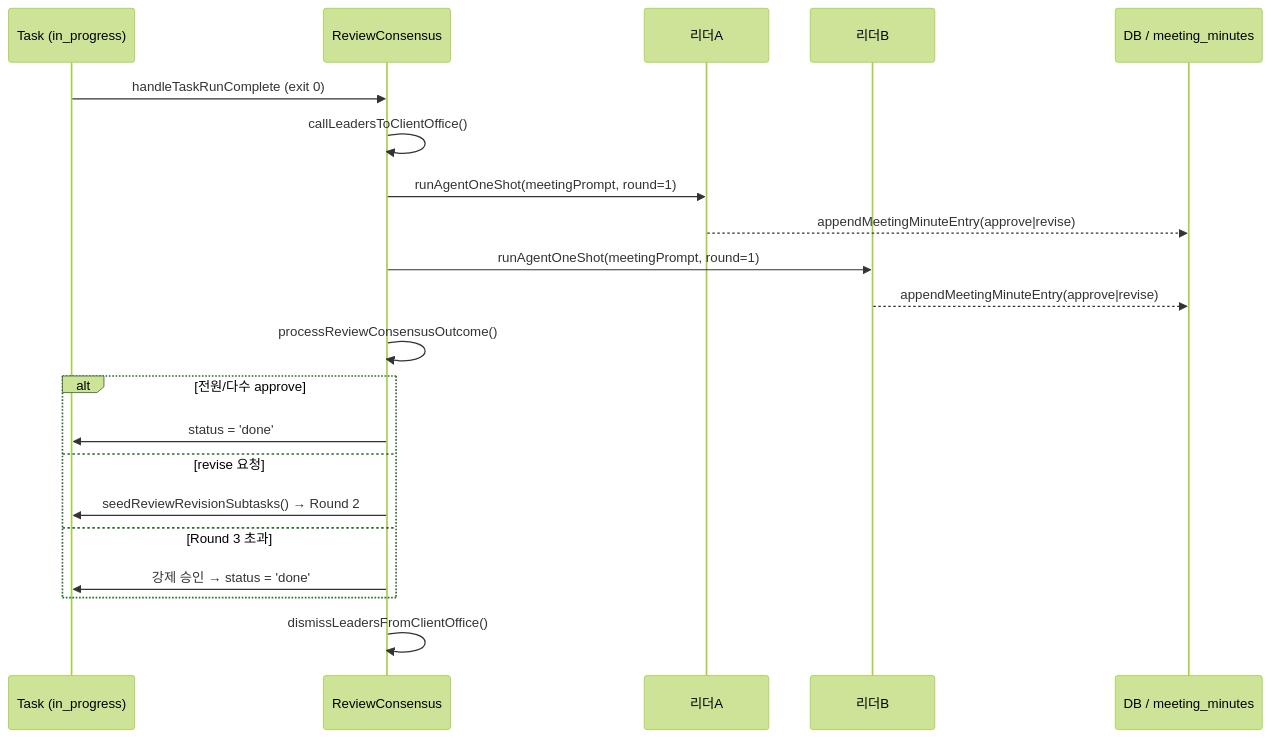
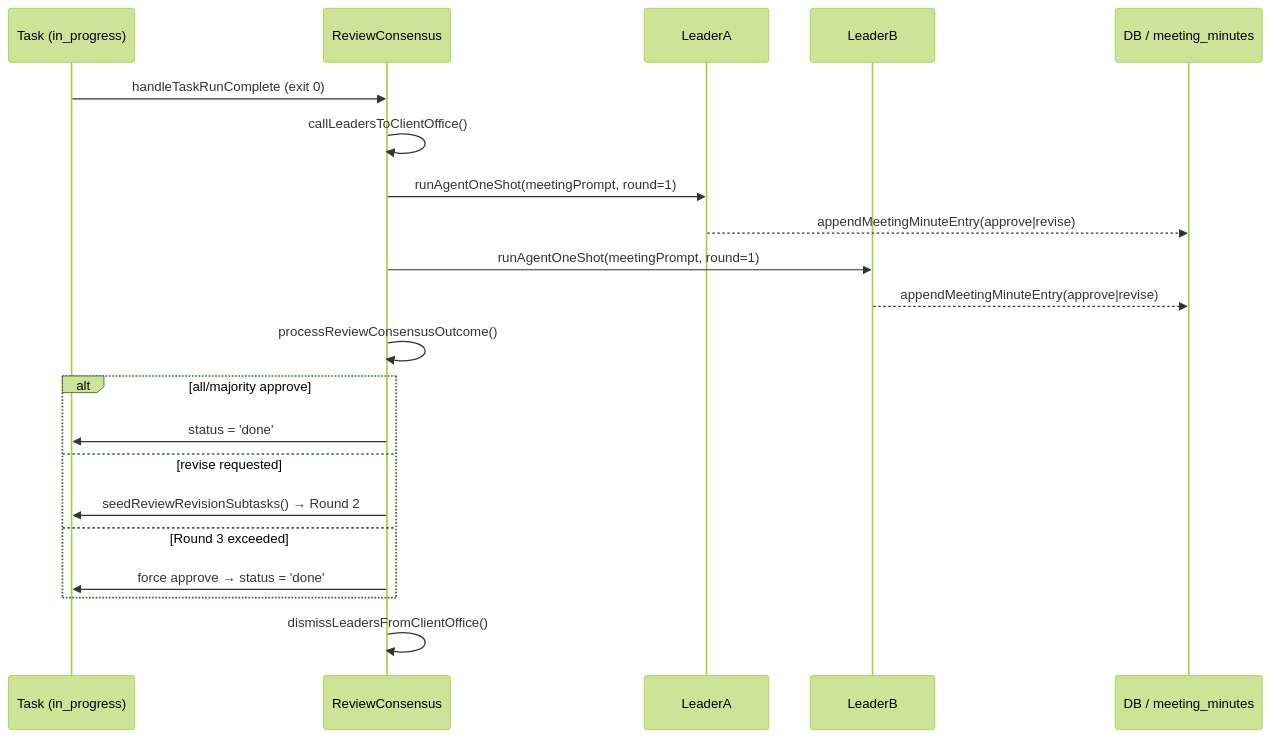
One commit to ccivlcid/AgentDesk changed the seventh of 8 diagrams in docs/architecture/SYSTEM-STRUCTURE-MAP.md. Above: the diagram before and after it, drawn with Mermaid (forest theme). The commit also changed other lines of this file and 1 other file, not shown here.

First line of the commit message:
docs: translate architecture README and SYSTEM-STRUCTURE-MAP to English

````diff
--- a/docs/architecture/SYSTEM-STRUCTURE-MAP.md
+++ b/docs/architecture/SYSTEM-STRUCTURE-MAP.md
@@ -169,25 +169,25 @@
 ```mermaid
 sequenceDiagram
   participant Task as Task (in_progress)
   participant RC as ReviewConsensus
-  participant L1 as 리더A
-  participant L2 as 리더B
+  participant L1 as LeaderA
+  participant L2 as LeaderB
   participant DB as DB / meeting_minutes
 
   Task->>RC: handleTaskRunComplete (exit 0)
   RC->>RC: callLeadersToClientOffice()
   RC->>L1: runAgentOneShot(meetingPrompt, round=1)
   L1-->>DB: appendMeetingMinuteEntry(approve|revise)
   RC->>L2: runAgentOneShot(meetingPrompt, round=1)
   L2-->>DB: appendMeetingMinuteEntry(approve|revise)
 
   RC->>RC: processReviewConsensusOutcome()
-  alt 전원/다수 approve
+  alt all/majority approve
     RC->>Task: status = 'done'
-  else revise 요청
+  else revise requested
     RC->>Task: seedReviewRevisionSubtasks() → Round 2
-  else Round 3 초과
-    RC->>Task: 강제 승인 → status = 'done'
+  else Round 3 exceeded
+    RC->>Task: force approve → status = 'done'
   end
   RC->>RC: dismissLeadersFromClientOffice()
 ```
````
